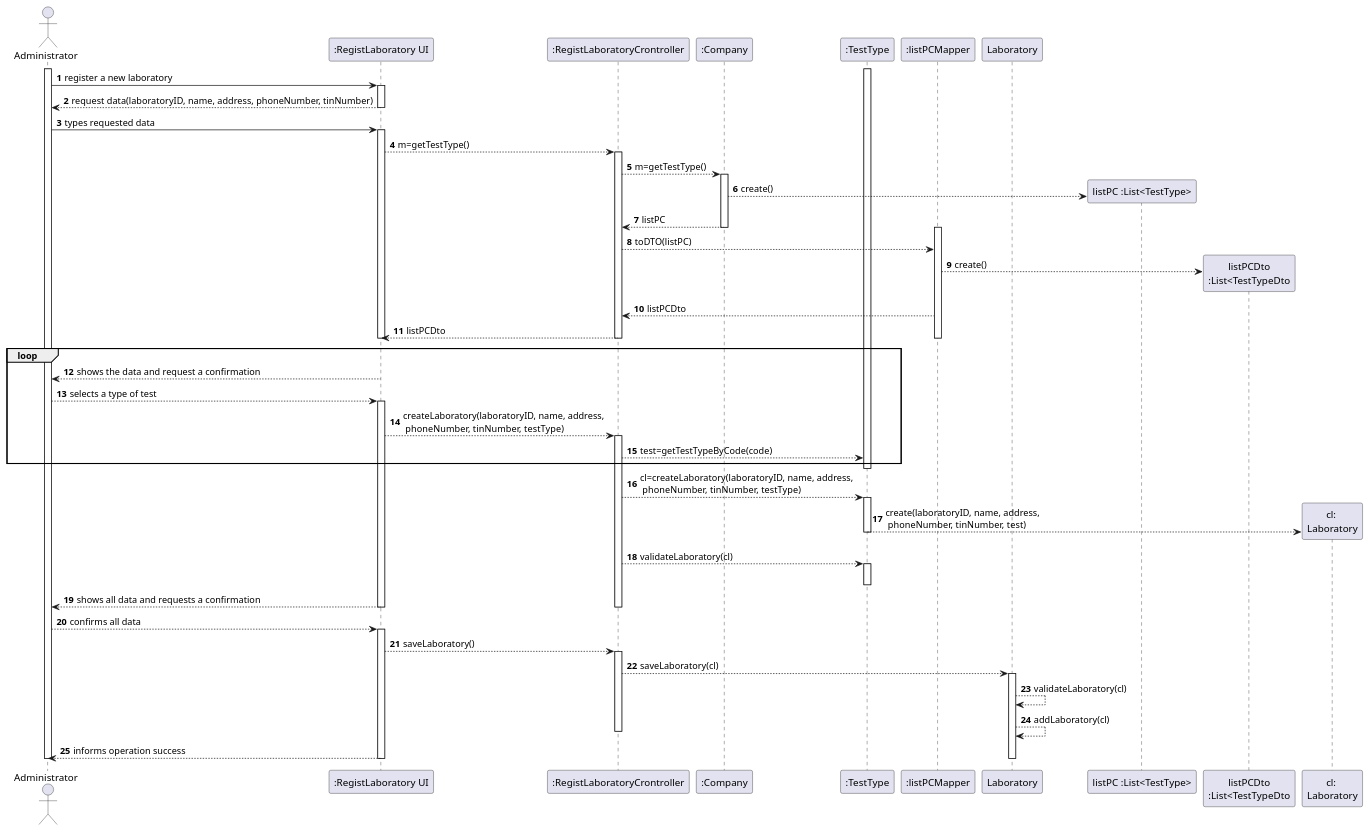
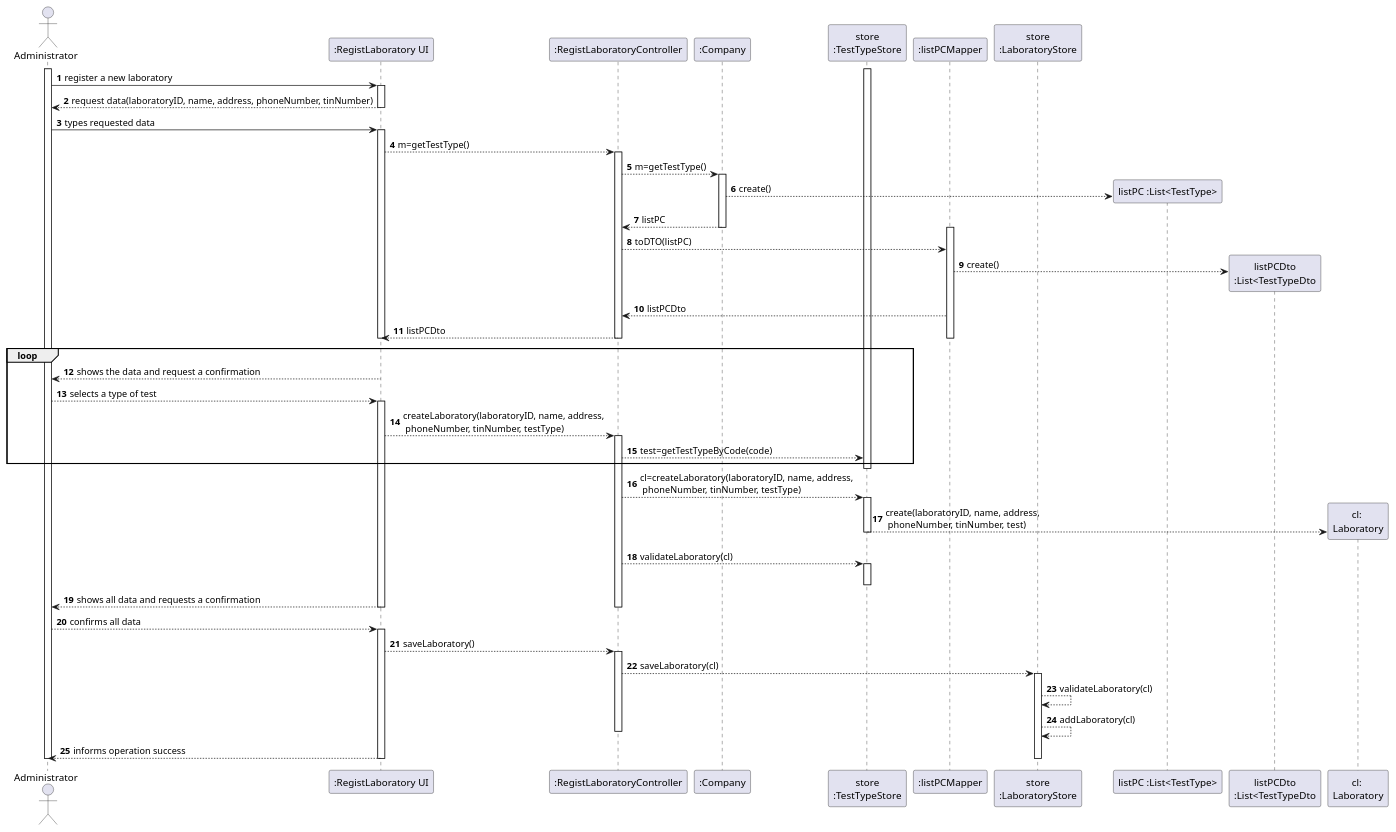
Before and after one commit to Pedromaia26/LAPR2-ISEP: the diagram in docs/SprintB/US8_RegisterLaboratory/US008_SD.puml, drawn with PlantUML.

Commit message:
SD final update

```diff
--- a/docs/SprintB/US8_RegisterLaboratory/US008_SD.puml
+++ b/docs/SprintB/US8_RegisterLaboratory/US008_SD.puml
@@ -1,77 +1,79 @@
 @startuml
 actor Administrator as Adm
 participant ":RegistLaboratory UI" as System
-participant ":RegistLaboratoryCrontroller" as RLC
+participant ":RegistLaboratoryController" as RLC
 participant ":Company" as ML
-participant ":TestType" as tt
+participant "store\n:TestTypeStore" as tt
 participant ":listPCMapper" as lpc
-participant "Laboratory" as lab
+participant "store\n:LaboratoryStore" as lab
 
 
 autonumber
 activate Adm
 Adm -> System: register a new laboratory
 activate System
 System --> Adm: request data(laboratoryID, name, address, phoneNumber, tinNumber)
 deactivate System
 
 
 
 
 Adm -> System: types requested data
 activate System
 System-->RLC: m=getTestType()
 activate RLC
 RLC-->ML: m=getTestType()
 activate ML
 create "listPC :List<TestType>" as listpc
 ML --> listpc: create()
 ML --> RLC: listPC
 deactivate ML
 activate lpc
 RLC --> lpc: toDTO(listPC)
 create "listPCDto\n:List<TestTypeDto" as lpcdt
 lpc --> lpcdt: create()
 lpc --> RLC: listPCDto
 RLC --> System: listPCDto
 deactivate lpc
 deactivate RLC
 deactivate System
 
+loop
 
-loop
 System --> Adm: shows the data and request a confirmation
 Adm --> System: selects a type of test
 activate System
-
 System --> RLC: createLaboratory(laboratoryID, name, address, \n phoneNumber, tinNumber, testType)
 activate RLC
 RLC --> tt: test=getTestTypeByCode(code)
+
 end
+
 activate tt
 deactivate tt
 RLC --> tt: cl=createLaboratory(laboratoryID, name, address, \n phoneNumber, tinNumber, testType)
 activate tt
 create "cl: \nLaboratory" as CL
 tt --> CL: create(laboratoryID, name, address, \n phoneNumber, tinNumber, test)
 deactivate tt
 RLC --> tt: validateLaboratory(cl)
 activate tt
 deactivate tt
 System --> Adm: shows all data and requests a confirmation
 deactivate RLC
 deactivate System
+
 Adm --> System: confirms all data
 activate System
 System --> RLC: saveLaboratory()
 activate RLC
 RLC --> lab: saveLaboratory(cl)
 activate lab
 lab --> lab: validateLaboratory(cl)
 lab --> lab: addLaboratory(cl)
 deactivate RLC
 System --> Adm: informs operation success
 deactivate lab
 deactivate System
 deactivate Adm
 @enduml
```
